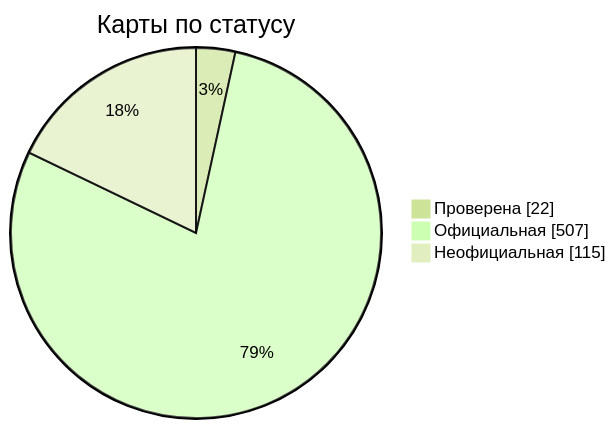
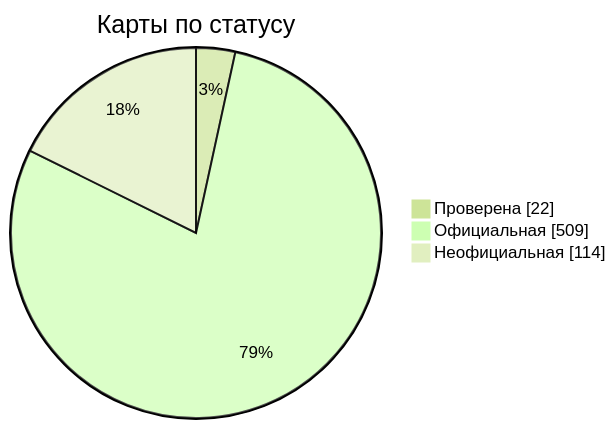
Before and after one commit to nobrega8/mbmap-library: the diagram in docs/readme/README_RU.md, drawn with Mermaid (forest theme). The commit also changed 7 other files, not shown here.

````diff
--- a/docs/readme/README_RU.md
+++ b/docs/readme/README_RU.md
@@ -54,7 +54,7 @@
 ```mermaid
 pie showData
     title Карты по статусу
     "Проверена" : 22
-    "Официальная" : 507
-    "Неофициальная" : 115
+    "Официальная" : 509
+    "Неофициальная" : 114
 ```
````
